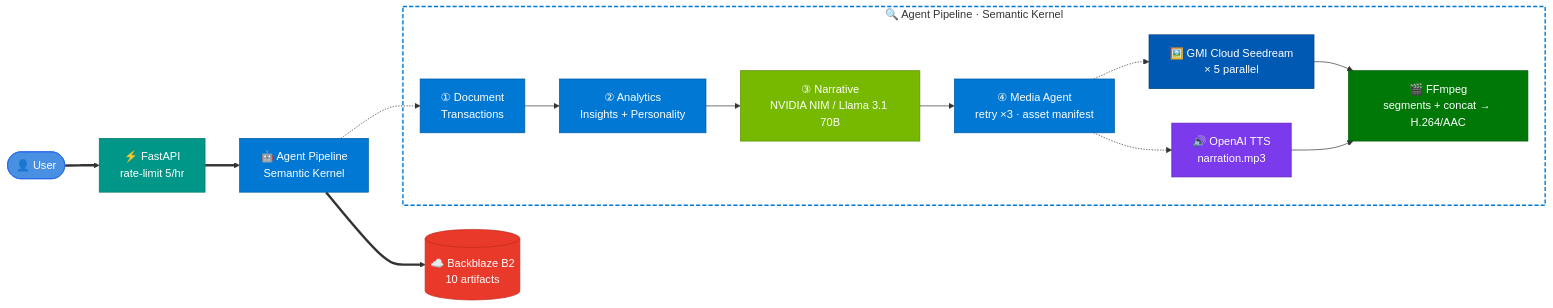
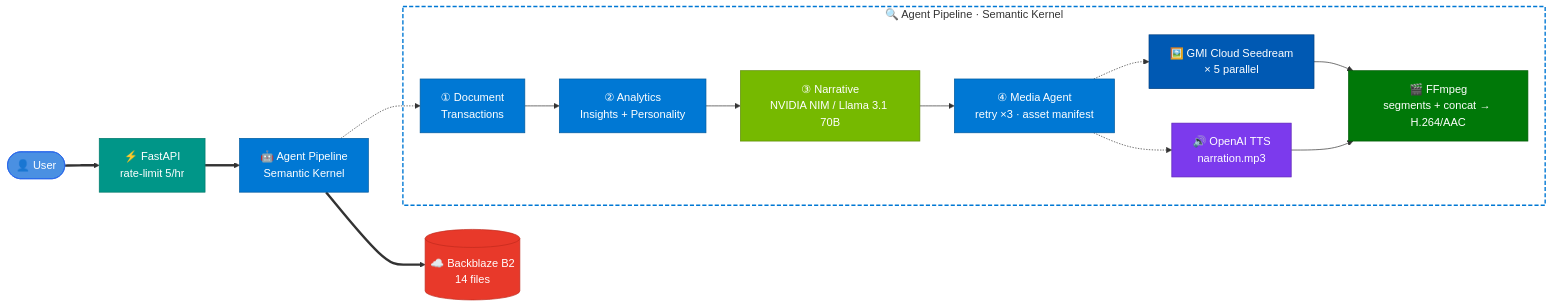
The diagram in README.md (iarjunganesh/bankers-wrapped), drawn with Mermaid before and after one commit. The commit also changed other lines of this file and 2 other files, not shown here.

````diff
--- a/README.md
+++ b/README.md
@@ -86,37 +86,37 @@
 ```mermaid
 graph LR
     classDef user fill:#4A90E2,stroke:#2563EB,color:#fff
     classDef api  fill:#009688,stroke:#00796B,color:#fff
     classDef sk   fill:#0078D4,stroke:#005A9E,color:#fff
     classDef nim  fill:#76B900,stroke:#5A8A00,color:#fff
     classDef gmi  fill:#0059B3,stroke:#004080,color:#fff
     classDef ff   fill:#007808,stroke:#005A06,color:#fff
     classDef b2   fill:#E8392A,stroke:#C02A1D,color:#fff
     classDef tts  fill:#7C3AED,stroke:#5B21B6,color:#fff
 
     U(["👤 User"]):::user
     API["⚡ FastAPI<br/>rate-limit 5/hr"]:::api
     PL["🤖 Agent Pipeline<br/>Semantic Kernel"]:::sk
-    B2[("☁️ Backblaze B2<br/>10 artifacts")]:::b2
+    B2[("☁️ Backblaze B2<br/>14 files")]:::b2
 
     U ==> API ==> PL ==> B2
 
     subgraph pipe["🔍 Agent Pipeline · Semantic Kernel"]
         A1["① Document<br/>Transactions"]:::sk
         A2["② Analytics<br/>Insights + Personality"]:::sk
         A3["③ Narrative<br/>NVIDIA NIM / Llama 3.1 70B"]:::nim
         A4["④ Media Agent<br/>retry ×3 · asset manifest"]:::sk
         GI["🖼️ GMI Cloud Seedream<br/>× 5 parallel"]:::gmi
         AU["🔊 OpenAI TTS<br/>narration.mp3"]:::tts
         FF["🎬 FFmpeg<br/>segments + concat → H.264/AAC"]:::ff
         A1 --> A2 --> A3 --> A4
         A4 -.-> GI
         A4 -.-> AU
         GI --> FF
         AU --> FF
     end
 
     style pipe fill:transparent,stroke:#0078D4,stroke-width:2px,stroke-dasharray:6 3
 
     PL -.-> A1
 ```
````
